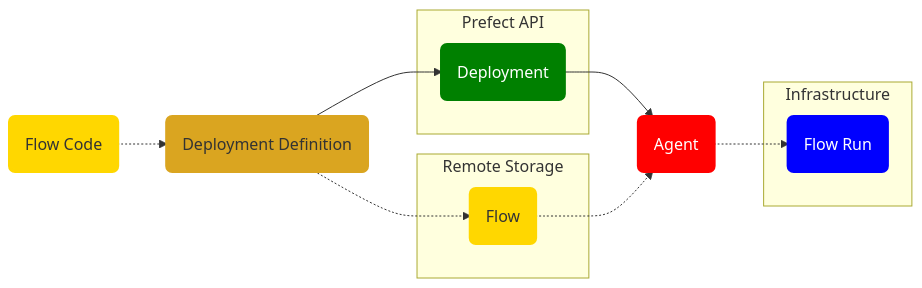
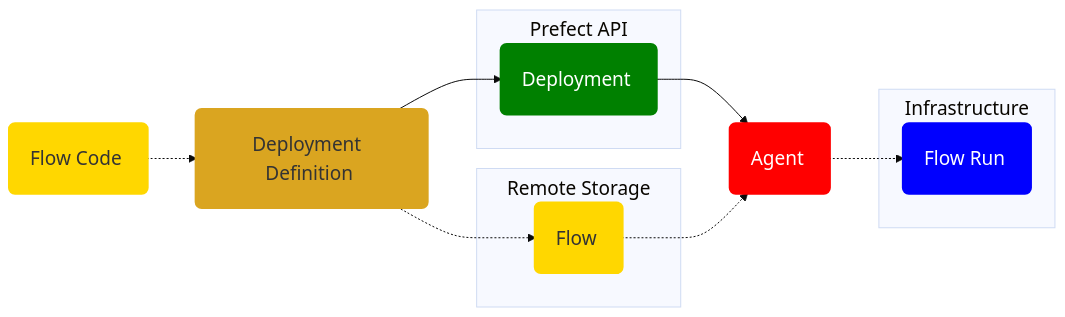
The first of 2 diagrams in docs/concepts/deployments.md (PrefectHQ/prefect), drawn with Mermaid before and after one commit.

Commit message:
Fixed styling of deployments mermaid diagram

````diff
--- a/docs/concepts/deployments.md
+++ b/docs/concepts/deployments.md
@@ -31,26 +31,36 @@
 ```mermaid
-graph LR
-    F(Flow Code):::yellow -.-> A(Deployment Definition):::gold
-    subgraph Server [Prefect API]
-    D(Deployment):::green
+%%{
+  init: {
+    'theme': 'base',
+    'themeVariables': {
+      'fontSize': '19px'
+    }
+  }
+}%%
+
+flowchart LR
+    F("<div style='margin: 5px 10px 5px 5px;'>Flow Code</div>"):::yellow -.-> A("<div style='margin: 5px 10px 5px 5px;'>Deployment Definition</div>"):::gold
+    subgraph Server ["<div style='width: 150px; text-align: center; margin-top: 5px;'>Prefect API</div>"]
+        D("<div style='margin: 5px 10px 5px 5px;'>Deployment</div>"):::green
     end
-    subgraph Remote Storage
-    B(Flow):::yellow
+    subgraph Remote Storage ["<div style='width: 160px; text-align: center; margin-top: 5px;'>Remote Storage</div>"]
+        B("<div style='margin: 5px 10px 5px 5px;'>Flow</div>"):::yellow
     end
-    subgraph Infrastructure
-    G(Flow Run):::blue
+    subgraph Infrastructure ["<div style='width: 150px; text-align: center; margin-top: 5px;'>Infrastructure</div>"]
+        G("<div style='margin: 5px 10px 5px 5px;'>Flow Run</div>"):::blue
     end
+
     A --> D
-    D --> E(Agent):::red
+    D --> E("<div style='margin: 5px 10px 5px 5px;'>Agent</div>"):::red
     B -.-> E
     A -.-> B
     E -.-> G
 
     classDef gold fill:goldenrod,stroke:goldenrod,stroke-width:4px
     classDef yellow fill:gold,stroke:gold,stroke-width:4px
     classDef gray fill:lightgray,stroke:lightgray,stroke-width:4px
     classDef blue fill:blue,stroke:blue,stroke-width:4px,color:white
     classDef green fill:green,stroke:green,stroke-width:4px,color:white
     classDef red fill:red,stroke:red,stroke-width:4px,color:white
     classDef dkgray fill:darkgray,stroke:darkgray,stroke-width:4px,color:white
 ```
````
